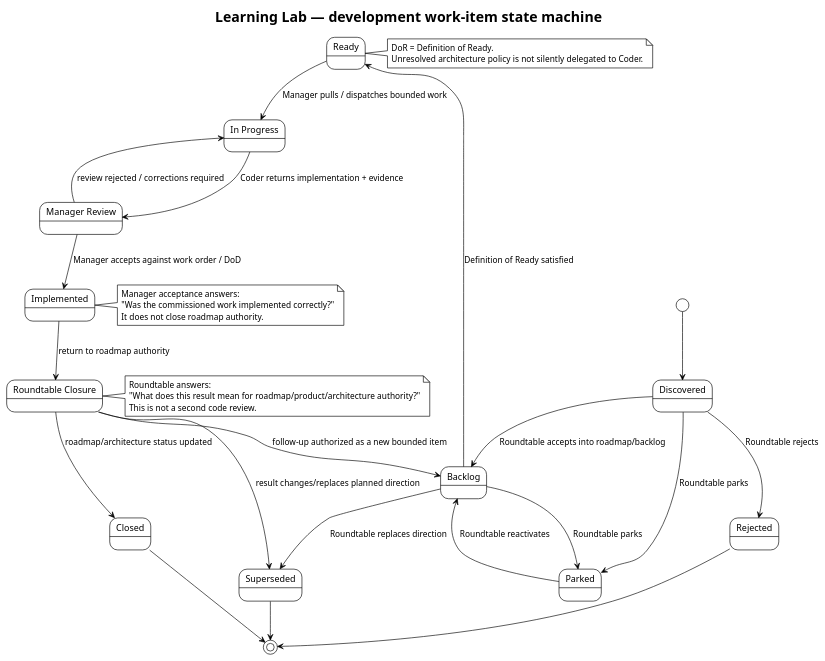
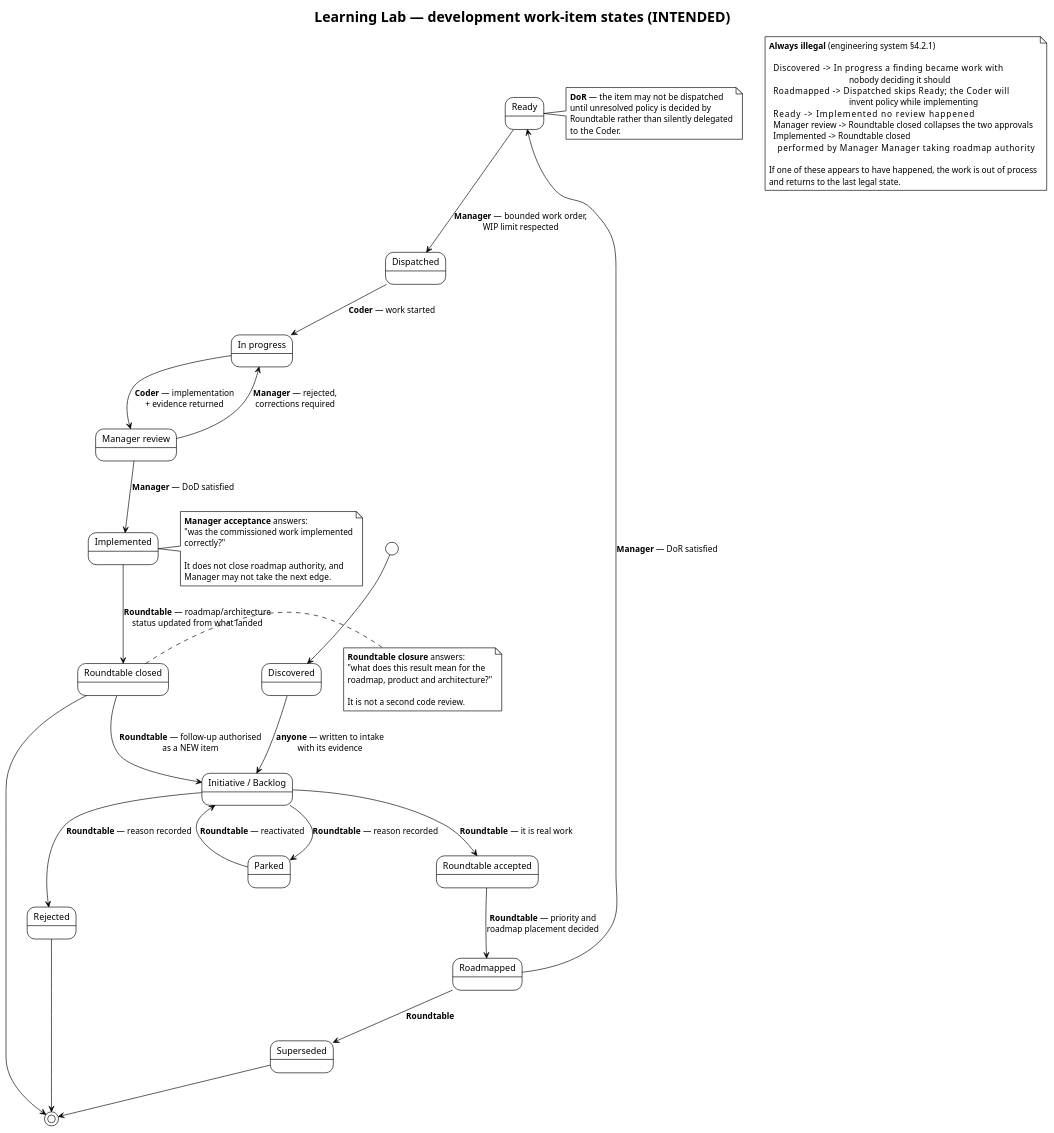
The diagram in docs/architecture/uml/04-development-workflow.puml (Alleyfoo/learning-lab), drawn with PlantUML before and after one commit. The commit also changed 22 other files, not shown here.

First line of the commit message:
docs(engineering-system): establish the development system and ground it in the repo

```diff
--- a/docs/architecture/uml/04-development-workflow.puml
+++ b/docs/architecture/uml/04-development-workflow.puml
@@ -1,57 +1,104 @@
 @startuml
+'=============================================================================
+' KIND      INTENDED -- a view of the process defined in
+'           docs/development/engineering-system.md §4. That document is
+'           normative; if this diagram and it disagree, the document wins.
+' GROUNDING docs/development/engineering-system.md §4.1 (states), §4.2
+'           (transition ownership), §4.2.1 (illegal transitions);
+'           docs/decisions/ADR-0001-development-governance.md.
+'
+' Transition labels name the ACTOR who may perform them. That is the
+' load-bearing content: a state machine whose edges anyone may take is
+' not a governance model.
+'
+' This is the DEVELOPMENT work item. The RUNTIME work item is a different
+' object with a different state machine -- see 07-inbox-item-state.puml.
+'=============================================================================
 !theme plain
-title Learning Lab — development work-item state machine
+title Learning Lab — development work-item states (INTENDED)
 
 [*] --> Discovered
 
 state Discovered
-state Backlog
+state Backlog as "Initiative / Backlog"
+state Accepted as "Roundtable accepted"
+state Roadmapped
 state Ready
-state "In Progress" as InProgress
-state "Manager Review" as ManagerReview
+state Dispatched
+state InProgress as "In progress"
+state ManagerReview as "Manager review"
 state Implemented
-state "Roundtable Closure" as RoundtableClosure
-state Closed
+state Closed as "Roundtable closed"
 state Parked
 state Rejected
 state Superseded
 
-Discovered --> Backlog : Roundtable accepts into roadmap/backlog
-Discovered --> Parked : Roundtable parks
-Discovered --> Rejected : Roundtable rejects
+Discovered --> Backlog : **anyone** — written to intake\nwith its evidence
 
-Backlog --> Ready : Definition of Ready satisfied
-Backlog --> Parked : Roundtable parks
-Backlog --> Superseded : Roundtable replaces direction
+Backlog --> Accepted : **Roundtable** — it is real work
+Backlog --> Parked : **Roundtable** — reason recorded
+Backlog --> Rejected : **Roundtable** — reason recorded
 
-Ready --> InProgress : Manager pulls / dispatches bounded work
-InProgress --> ManagerReview : Coder returns implementation + evidence
-ManagerReview --> InProgress : review rejected / corrections required
-ManagerReview --> Implemented : Manager accepts against work order / DoD
-Implemented --> RoundtableClosure : return to roadmap authority
-RoundtableClosure --> Closed : roadmap/architecture status updated
-RoundtableClosure --> Backlog : follow-up authorized as a new bounded item
-RoundtableClosure --> Superseded : result changes/replaces planned direction
+Accepted --> Roadmapped : **Roundtable** — priority and\nroadmap placement decided
 
-Parked --> Backlog : Roundtable reactivates
+Roadmapped --> Ready : **Manager** — DoR satisfied
+
+Ready --> Dispatched : **Manager** — bounded work order,\nWIP limit respected
+
+Dispatched --> InProgress : **Coder** — work started
+
+InProgress --> ManagerReview : **Coder** — implementation\n+ evidence returned
+
+ManagerReview --> InProgress : **Manager** — rejected,\ncorrections required
+ManagerReview --> Implemented : **Manager** — DoD satisfied
+
+Implemented --> Closed : **Roundtable** — roadmap/architecture\nstatus updated from what landed
+
+Closed --> Backlog : **Roundtable** — follow-up authorised\nas a NEW item
+Parked --> Backlog : **Roundtable** — reactivated
+
+Roadmapped --> Superseded : **Roundtable**
+Closed --> [*]
 Rejected --> [*]
 Superseded --> [*]
-Closed --> [*]
 
 note right of Ready
-DoR = Definition of Ready.
-Unresolved architecture policy is not silently delegated to Coder.
+**DoR** — the item may not be dispatched
+until unresolved policy is decided by
+Roundtable rather than silently delegated
+to the Coder.
 end note
 
 note right of Implemented
-Manager acceptance answers:
-"Was the commissioned work implemented correctly?"
-It does not close roadmap authority.
+**Manager acceptance** answers:
+"was the commissioned work implemented
+correctly?"
+
+It does not close roadmap authority, and
+Manager may not take the next edge.
 end note
 
-note right of RoundtableClosure
-Roundtable answers:
-"What does this result mean for roadmap/product/architecture authority?"
-This is not a second code review.
+note right of Closed
+**Roundtable closure** answers:
+"what does this result mean for the
+roadmap, product and architecture?"
+
+It is not a second code review.
+end note
+
+note as N1
+**Always illegal** (engineering system §4.2.1)
+
+  Discovered -> In progress          a finding became work with
+                                     nobody deciding it should
+  Roadmapped -> Dispatched           skips Ready; the Coder will
+                                     invent policy while implementing
+  Ready -> Implemented               no review happened
+  Manager review -> Roundtable closed  collapses the two approvals
+  Implemented -> Roundtable closed
+    performed by Manager             Manager taking roadmap authority
+
+If one of these appears to have happened, the work is out of process
+and returns to the last legal state.
 end note
 @enduml
```
